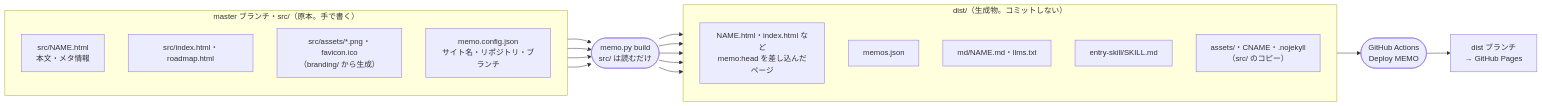
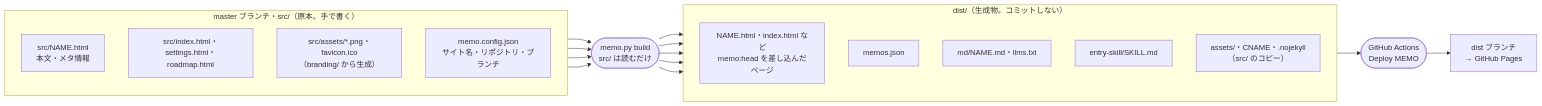
Before and after one commit to taka1156/back-of-the-flyer: the first of 9 diagrams in memo-detail.md, drawn with Mermaid. The commit also changed other lines of this file and 15 other files, not shown here.

````diff
--- a/memo-detail.md
+++ b/memo-detail.md
@@ -37,28 +37,28 @@
 ```mermaid
 flowchart LR
   subgraph SRC["master ブランチ・src/（原本。手で書く）"]
     direction TB
     H["src/NAME.html<br/>本文・メタ情報"]
-    PG["src/index.html・roadmap.html"]
+    PG["src/index.html・settings.html・roadmap.html"]
     IMG["src/assets/*.png・favicon.ico<br/>（branding/ から生成）"]
     CFG["memo.config.json<br/>サイト名・リポジトリ・ブランチ"]
   end
 
   B(["memo.py build<br/>src/ は読むだけ"])
 
   subgraph GEN["dist/（生成物。コミットしない）"]
     direction TB
     MEMO["NAME.html・index.html など<br/>memo:head を差し込んだページ"]
     MJ["memos.json"]
     MD["md/NAME.md・llms.txt"]
     ENT["entry-skill/SKILL.md"]
     CP["assets/・CNAME・.nojekyll<br/>（src/ のコピー）"]
   end
 
   A(["GitHub Actions<br/>Deploy MEMO"])
   S["dist ブランチ<br/>→ GitHub Pages"]
 
   H & PG & IMG & CFG --> B
   B --> MEMO & MJ & MD & ENT & CP
   GEN --> A --> S
 ```
````
